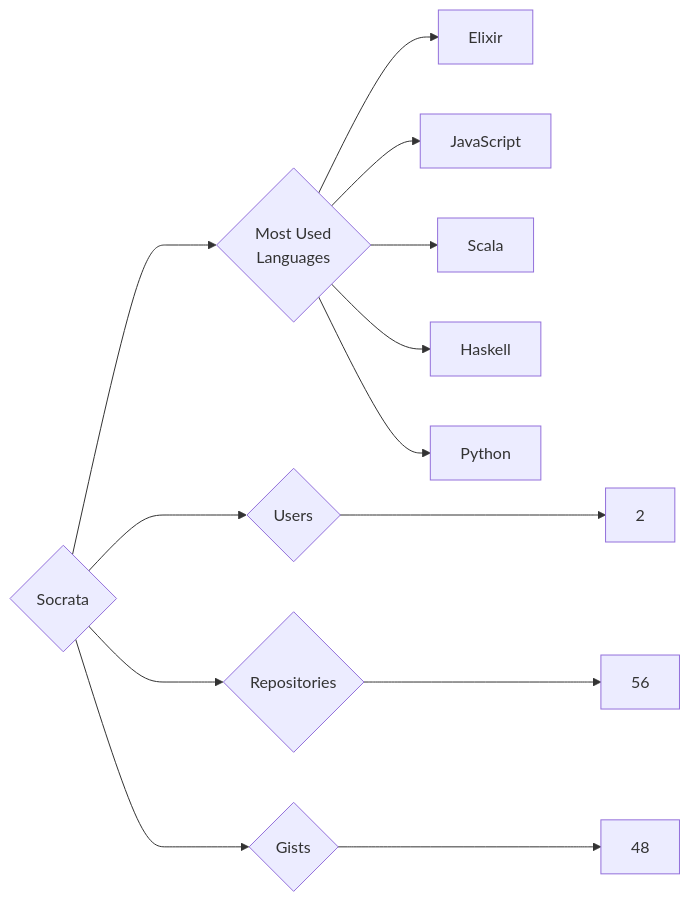
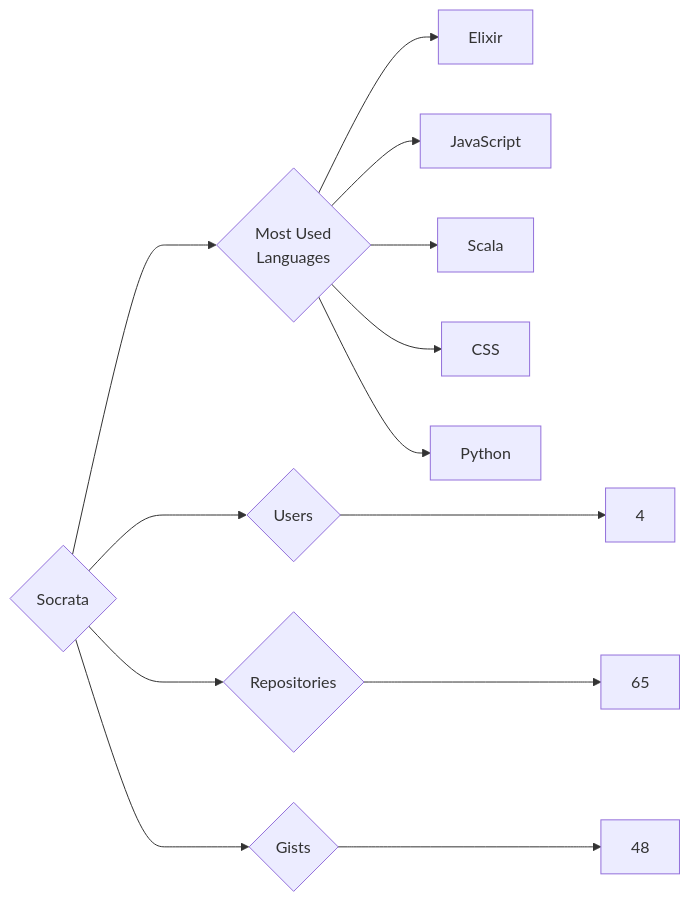
Before and after one commit to trickest/insiders: the diagram in targets/Socrata/README.md, drawn with Mermaid. The commit also changed 970 other files, not shown here.

````diff
--- a/targets/Socrata/README.md
+++ b/targets/Socrata/README.md
@@ -3,13 +3,13 @@
 ```mermaid
 graph LR
 COMPANY_NAME{Socrata}
-COMPANY_NAME ---> U{Users} ---> UN[2]
-COMPANY_NAME ---> R{Repositories} ---> RN[56]
+COMPANY_NAME ---> U{Users} ---> UN[4]
+COMPANY_NAME ---> R{Repositories} ---> RN[65]
 COMPANY_NAME ---> G{Gists} ---> GN[48]
 COMPANY_NAME ---> ML{Most Used<br>Languages}
 ML --> Elixir[Elixir]
 ML --> JavaScript[JavaScript]
 ML --> Scala[Scala]
-ML --> Haskell[Haskell]
+ML --> CSS[CSS]
 ML --> Python[Python]
 ```
````
